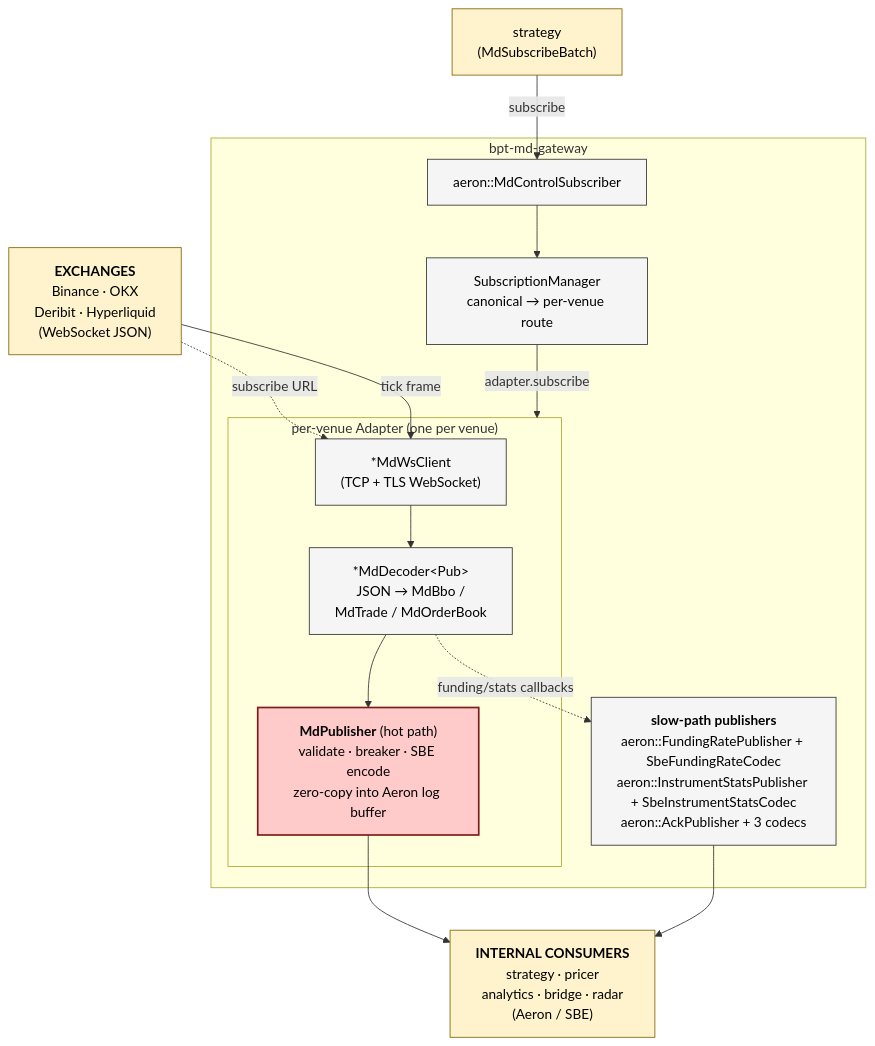
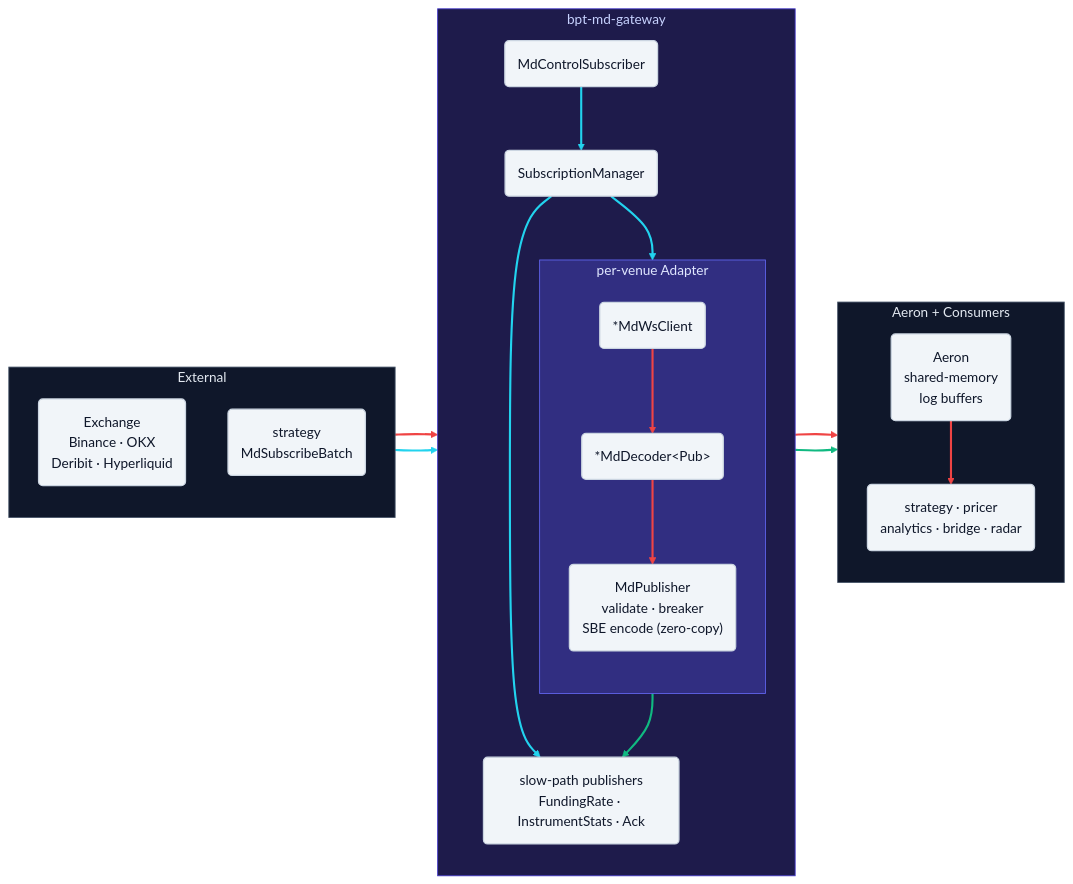
The first of 2 diagrams in bpt-md-gateway/README.md (bishanparktrading/bpt-core), drawn with Mermaid before and after one commit. The commit also changed other lines of this file, not shown here.

Commit message:
mdgw: redesign at-a-glance diagram (trading-terminal palette)
Pilot the Aeron-doc visual style on the small diagram. Three LR
swimlanes (External / mdgw / Aeron+Consumers) instead of a single
TD blob. Edge colour carries the semantic load — red = hot tick
path, emerald = slow path (codec + offer), cyan = control / ack —
with a legend table below.

Stadium nodes (off-white "data card" fill on dark slate / indigo
swimlanes), IBM Plex Sans font stack, ELK renderer + step curves
for orthogonal arrow routing on GitHub. Detailed-flow diagram
below is unchanged.

````diff
--- a/bpt-md-gateway/README.md
+++ b/bpt-md-gateway/README.md
@@ -13,49 +13,75 @@
 ```mermaid
 %%{init: {
   'theme': 'base',
+  'flowchart': {
+    'defaultRenderer': 'elk',
+    'curve': 'step'
+  },
   'themeVariables': {
-    'fontFamily': '"SF Mono", "JetBrains Mono", "Cascadia Code", Consolas, monospace',
-    'fontSize': '14px',
-    'lineColor': '#475569',
-    'primaryColor': '#1e293b',
-    'primaryTextColor': '#f8fafc',
-    'primaryBorderColor': '#0f172a'
+    'fontFamily': '"IBM Plex Sans", "Inter", "Helvetica Neue", Arial, sans-serif',
+    'fontSize': '14px'
   }
 }}%%
-flowchart TD
-    exchanges["<b>EXCHANGES</b><br/>Binance · OKX<br/>Deribit · Hyperliquid<br/>(WebSocket JSON)"]
-    consumers["<b>INTERNAL CONSUMERS</b><br/>strategy · pricer<br/>analytics · bridge · radar<br/>(Aeron / SBE)"]
-    strategy_in["strategy<br/>(MdSubscribeBatch)"]
+flowchart LR
+    %% ── Left swimlane: external producers + control ──────────────────────
+    subgraph EXT["External"]
+        direction TB
+        venue("Exchange<br/>Binance · OKX<br/>Deribit · Hyperliquid")
+        strat_in("strategy<br/>MdSubscribeBatch")
+    end
 
-    subgraph mdgw["bpt-md-gateway"]
-        ctrl_sub["aeron::MdControlSubscriber"]
-        sub_mgr["SubscriptionManager<br/>canonical → per-venue route"]
+    %% ── Middle swimlane: bpt-md-gateway ──────────────────────────────────
+    subgraph MDGW["bpt-md-gateway"]
+        direction TB
 
-        subgraph adapter["per-venue Adapter (one per venue)"]
-            ws["*MdWsClient<br/>(TCP + TLS WebSocket)"]
-            decoder["*MdDecoder&lt;Pub&gt;<br/>JSON → MdBbo /<br/>MdTrade / MdOrderBook"]
-            md_pub["<b>MdPublisher</b> (hot path)<br/>validate · breaker · SBE encode<br/>zero-copy into Aeron log buffer"]
+        subgraph adapter["per-venue Adapter"]
+            direction TB
+            ws("*MdWsClient")
+            decoder("*MdDecoder&lt;Pub&gt;")
+            md_pub("MdPublisher<br/>validate · breaker<br/>SBE encode (zero-copy)")
         end
 
-        slow["<b>slow-path publishers</b><br/>aeron::FundingRatePublisher + SbeFundingRateCodec<br/>aeron::InstrumentStatsPublisher + SbeInstrumentStatsCodec<br/>aeron::AckPublisher + 3 codecs"]
+        ctrl_sub("MdControlSubscriber")
+        sub_mgr("SubscriptionManager")
+
+        slow("slow-path publishers<br/>FundingRate · InstrumentStats · Ack")
     end
 
-    strategy_in -->|subscribe| ctrl_sub
-    ctrl_sub --> sub_mgr
-    sub_mgr -->|adapter.subscribe| adapter
+    %% ── Right swimlane: Aeron + consumers ────────────────────────────────
+    subgraph RIGHT["Aeron + Consumers"]
+        direction TB
+        aeron_box("Aeron<br/>shared-memory<br/>log buffers")
+        consumers("strategy · pricer<br/>analytics · bridge · radar")
+    end
 
-    exchanges -.->|subscribe URL| ws
-    exchanges -->|tick frame| ws
+    %% Hot tick path (edges 0–4)
+    venue --> ws
     ws --> decoder
     decoder --> md_pub
-    md_pub --> consumers
-    decoder -.->|funding/stats callbacks| slow
-    slow --> consumers
+    md_pub --> aeron_box
+    aeron_box --> consumers
 
-    classDef external fill:#fff3cd,stroke:#856404,color:#000
-    classDef hot fill:#fecaca,stroke:#7f1d1d,stroke-width:2px,color:#000
-    classDef layer fill:#f5f5f5,stroke:#333,color:#000
-    class exchanges,consumers,strategy_in external
-    class md_pub hot
-    class ctrl_sub,sub_mgr,ws,decoder,slow layer
+    %% Slow path (edges 5–6)
+    decoder --> slow
+    slow --> aeron_box
+
+    %% Control / ack path (edges 7–10)
+    strat_in --> ctrl_sub
+    ctrl_sub --> sub_mgr
+    sub_mgr --> ws
+    sub_mgr --> slow
+
+    %% Edge colours carry the semantic load (no edge labels — see legend below)
+    linkStyle 0,1,2,3,4 stroke:#ef4444,stroke-width:2.5px,fill:none
+    linkStyle 5,6 stroke:#10b981,stroke-width:2.5px,fill:none
+    linkStyle 7,8,9,10 stroke:#22d3ee,stroke-width:2.5px,fill:none
+
+    %% Off-white "data card" stadium nodes + dark slate swimlanes (trading-terminal palette)
+    classDef node fill:#f1f5f9,stroke:#cbd5e1,stroke-width:1.5px,color:#0f172a
+    class venue,strat_in,ws,decoder,md_pub,ctrl_sub,sub_mgr,slow,aeron_box,consumers node
+
+    style EXT fill:#0f172a,stroke:#475569,stroke-width:1px,color:#e2e8f0
+    style MDGW fill:#1e1b4b,stroke:#4338ca,stroke-width:1px,color:#c7d2fe
+    style RIGHT fill:#0f172a,stroke:#475569,stroke-width:1px,color:#e2e8f0
+    style adapter fill:#312e81,stroke:#6366f1,stroke-width:1px,color:#e0e7ff
 ```
````
